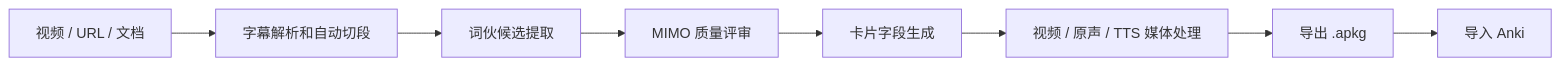
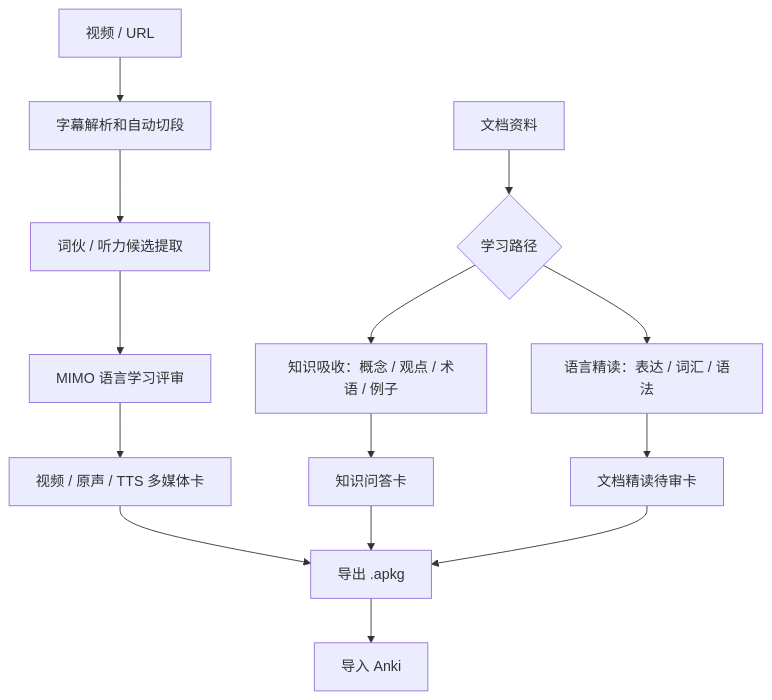
One commit to zixuanzhou0-ai/Anki-card-generator changed the diagram in README.md. Above: the diagram before and after it, drawn with Mermaid. The commit also changed other lines of this file and 35 other files, not shown here.

````diff
--- a/README.md
+++ b/README.md
@@ -32,10 +41,18 @@
 ```mermaid
-flowchart LR
-  A["视频 / URL / 文档"] --> B["字幕解析和自动切段"]
-  B --> C["词伙候选提取"]
-  C --> D["MIMO 质量评审"]
-  D --> E["卡片字段生成"]
-  E --> F["视频 / 原声 / TTS 媒体处理"]
-  F --> G["导出 .apkg"]
-  G --> H["导入 Anki"]
+flowchart TB
+  A["视频 / URL"] --> B["字幕解析和自动切段"]
+  B --> C["词伙 / 听力候选提取"]
+  C --> D["MIMO 语言学习评审"]
+  D --> E["视频 / 原声 / TTS 多媒体卡"]
+
+  F["文档资料"] --> G{"学习路径"}
+  G --> H["知识吸收：概念 / 观点 / 术语 / 例子"]
+  G --> I["语言精读：表达 / 词汇 / 语法"]
+  H --> J["知识问答卡"]
+  I --> K["文档精读待审卡"]
+
+  E --> L["导出 .apkg"]
+  J --> L
+  K --> L
+  L --> M["导入 Anki"]
 ```
````
